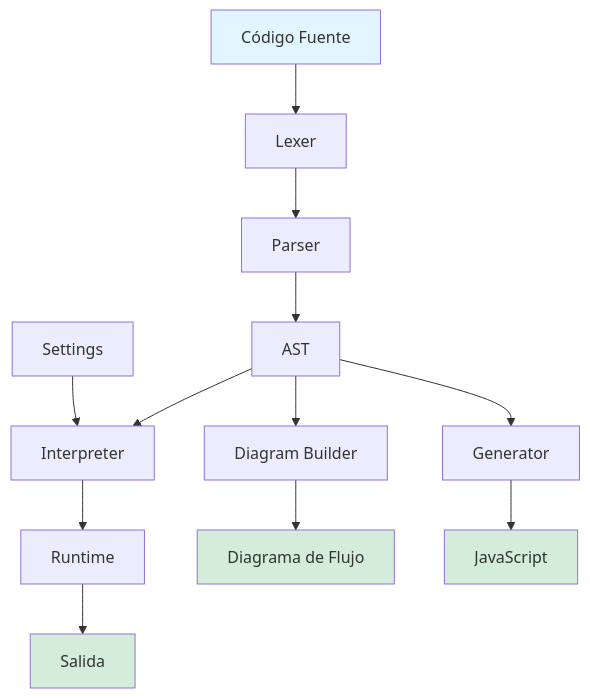
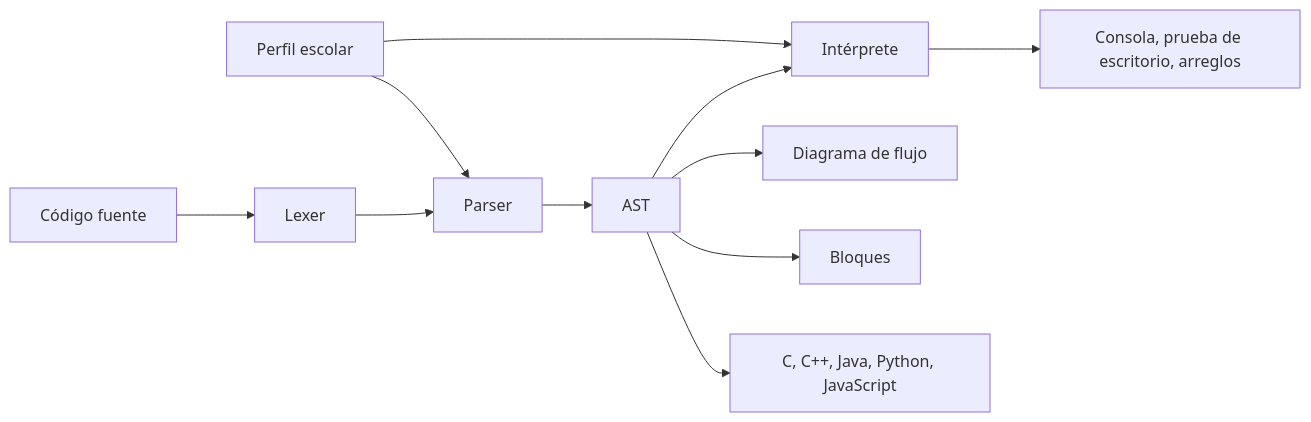
Before and after one commit to kervin5/codoritmo: the diagram in README.md, drawn with Mermaid. The commit also changed other lines of this file and 7 other files, not shown here.

````diff
--- a/README.md
+++ b/README.md
@@ -128,22 +91,10 @@
 ```mermaid
-graph TD
-    A[Código Fuente] --> B[Lexer]
-    B --> C[Parser]
-    C --> D[AST]
-    D --> E[Interpreter]
-    E --> F[Runtime]
-    F --> G[Salida]
-
-    D --> H[Diagram Builder]
-    H --> I[Diagrama de Flujo]
-
-    D --> J[Generator]
-    J --> K[JavaScript]
-
-    L[Settings] --> E
-
-    style A fill:#e1f5ff
-    style G fill:#d4edda
-    style I fill:#d4edda
-    style K fill:#d4edda
+graph LR
+    A[Código fuente] --> B[Lexer] --> C[Parser] --> D[AST]
+    D --> E[Intérprete] --> F[Consola, prueba de escritorio, arreglos]
+    D --> G[Diagrama de flujo]
+    D --> H[Bloques]
+    D --> I[C, C++, Java, Python, JavaScript]
+    J[Perfil escolar] --> C
+    J --> E
 ```
````
